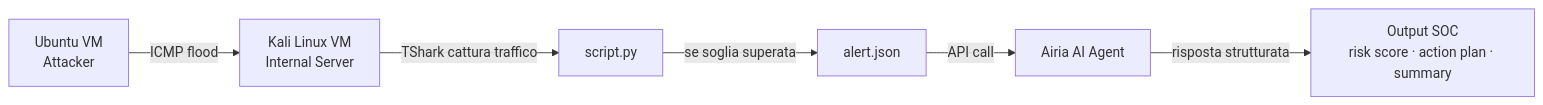
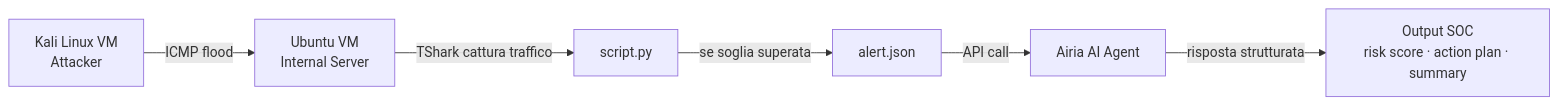
One commit to SemirKhrc/AI-Driven-SOC-Analyst-Home-Lab changed the diagram in README.md. Above: the diagram before and after it, drawn with Mermaid.

````diff
--- a/README.md
+++ b/README.md
@@ -19,8 +19,8 @@
 ```mermaid
 flowchart LR
-    A[Ubuntu VM\nAttacker] -- ICMP flood --> B[Kali Linux VM\nInternal Server]
+    A[Kali Linux VM\nAttacker] -- ICMP flood --> B[Ubuntu VM\nInternal Server]
     B -- TShark cattura traffico --> C[script.py]
     C -- se soglia superata --> D[alert.json]
     D -- API call --> E[Airia AI Agent]
     E -- risposta strutturata --> F[Output SOC\nrisk score · action plan · summary]
 ```
````
